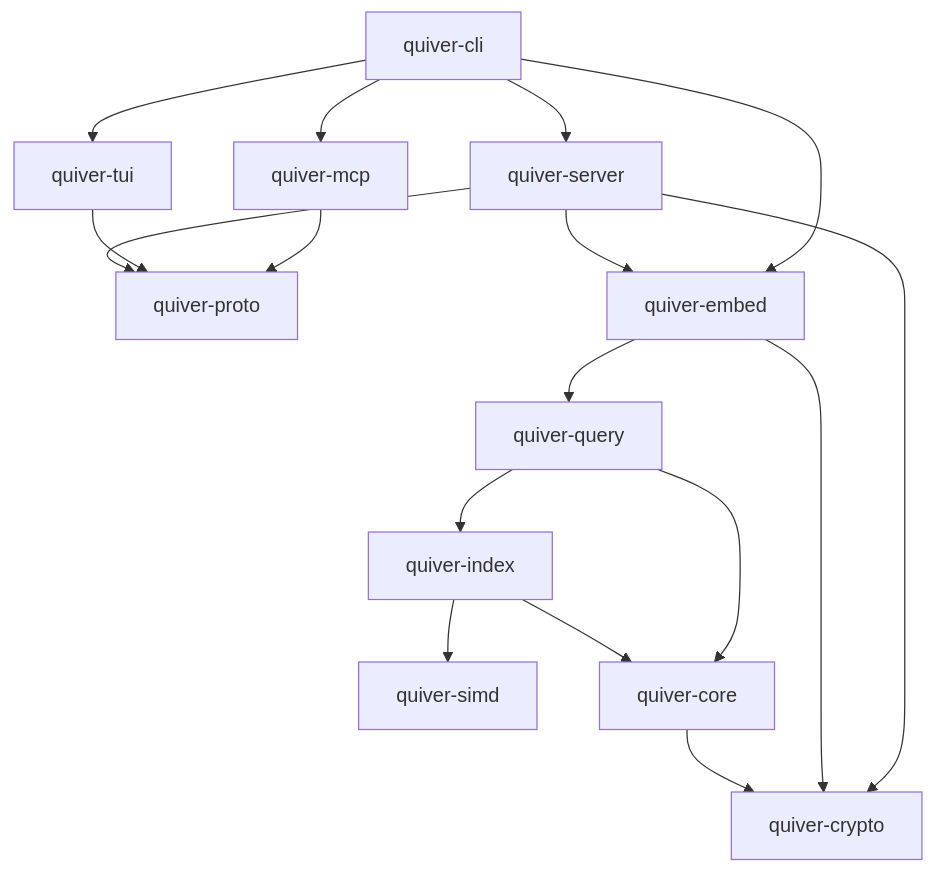
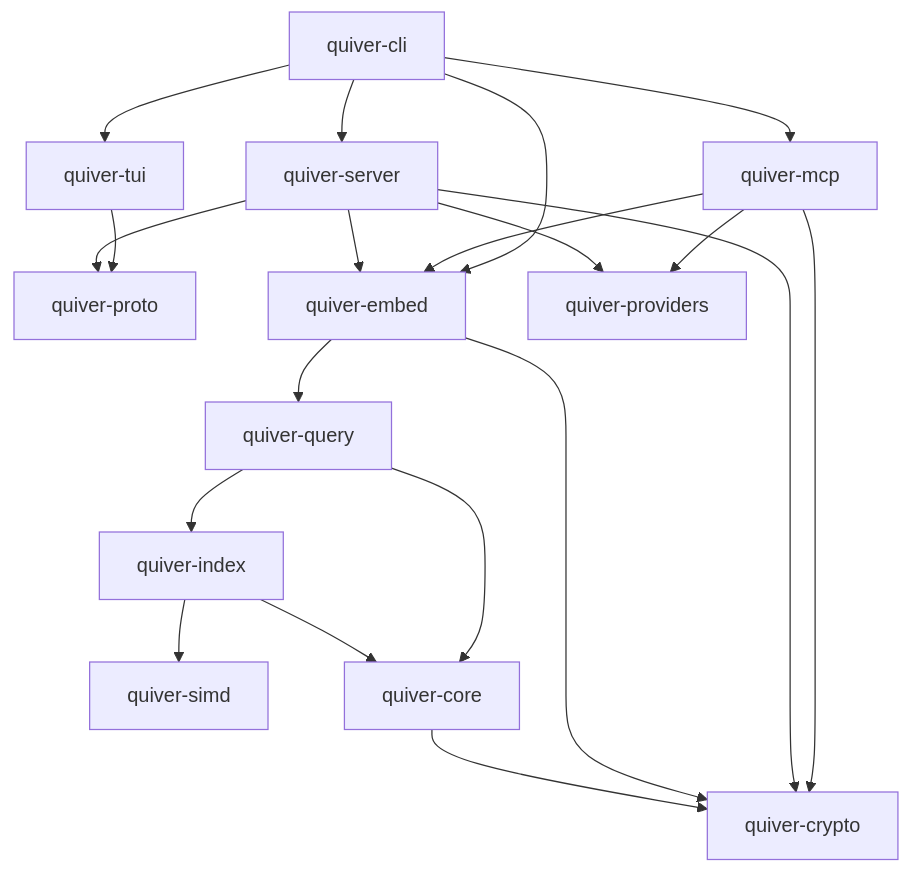
The diagram in docs/architecture/overview.md (achref-soua/quiver), drawn with Mermaid before and after one commit. The commit also changed other lines of this file and 123 other files, not shown here.

````diff
--- a/docs/architecture/overview.md
+++ b/docs/architecture/overview.md
@@ -35,22 +36,26 @@
 ```mermaid
 flowchart TD
   simd[quiver-simd]
   crypto[quiver-crypto]
   proto[quiver-proto]
   core[quiver-core] --> crypto
   index[quiver-index] --> core
   index --> simd
   query[quiver-query] --> index
   query --> core
   embed[quiver-embed] --> query
   embed --> crypto
+  providers[quiver-providers]
   server[quiver-server] --> embed
   server --> proto
   server --> crypto
+  server --> providers
   tui[quiver-tui] --> proto
-  mcp[quiver-mcp] --> proto
+  mcp[quiver-mcp] --> embed
+  mcp --> crypto
+  mcp --> providers
   cli[quiver-cli] --> server
   cli --> tui
   cli --> mcp
   cli --> embed
 ```
````
